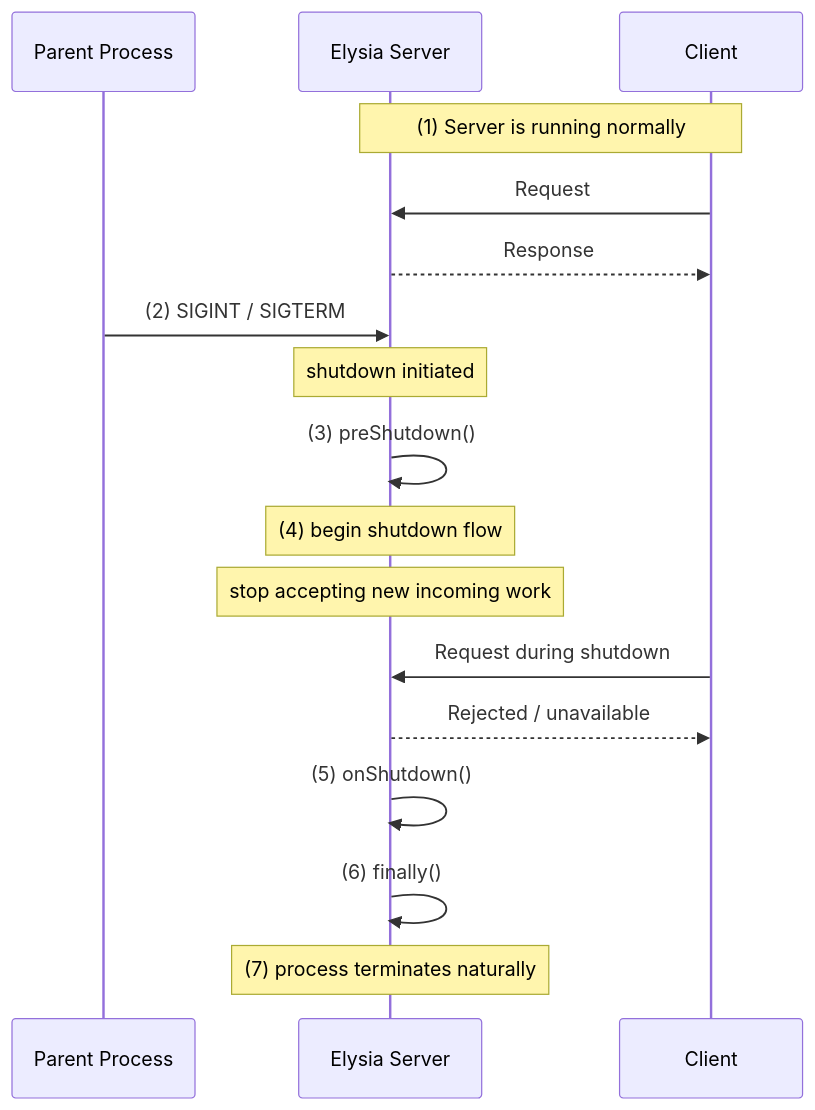
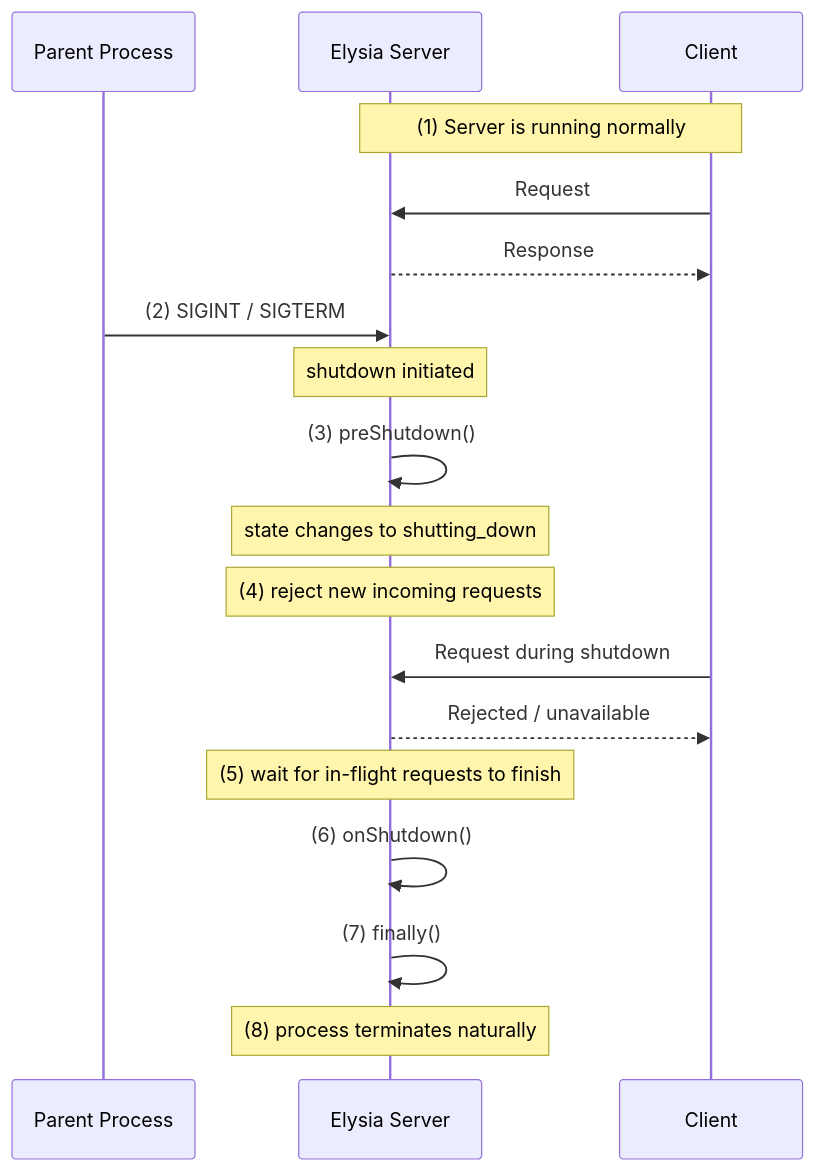
The diagram in README.md (Naviary-Sanctuary/elysia-graceful-shutdown), drawn with Mermaid before and after one commit. The commit also changed other lines of this file and 8 other files, not shown here.

````diff
--- a/README.md
+++ b/README.md
@@ -58,27 +60,29 @@
 ```mermaid
 sequenceDiagram
     participant P as Parent Process
     participant S as Elysia Server
     participant C as Client
 
     Note over S,C: (1) Server is running normally
 
     C->>S: Request
     S-->>C: Response
 
     P->>S: (2) SIGINT / SIGTERM
     Note over S: shutdown initiated
 
     S->>S: (3) preShutdown()
+    Note over S: state changes to shutting_down
 
-    Note over S: (4) begin shutdown flow
-    Note over S: stop accepting new incoming work
+    Note over S: (4) reject new incoming requests
 
     C->>S: Request during shutdown
     S-->>C: Rejected / unavailable
 
-    S->>S: (5) onShutdown()
-    S->>S: (6) finally()
+    Note over S: (5) wait for in-flight requests to finish
 
-    Note over S: (7) process terminates naturally
+    S->>S: (6) onShutdown()
+    S->>S: (7) finally()
+
+    Note over S: (8) process terminates naturally
 ```
````
